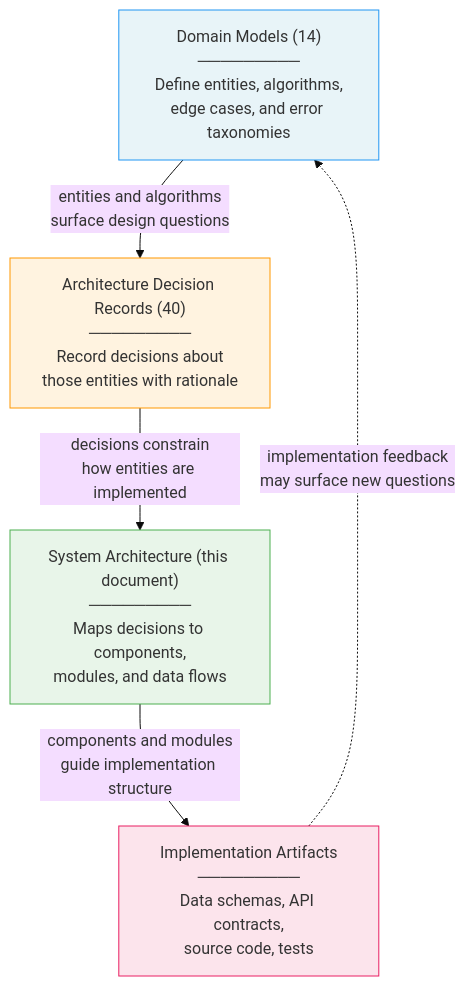
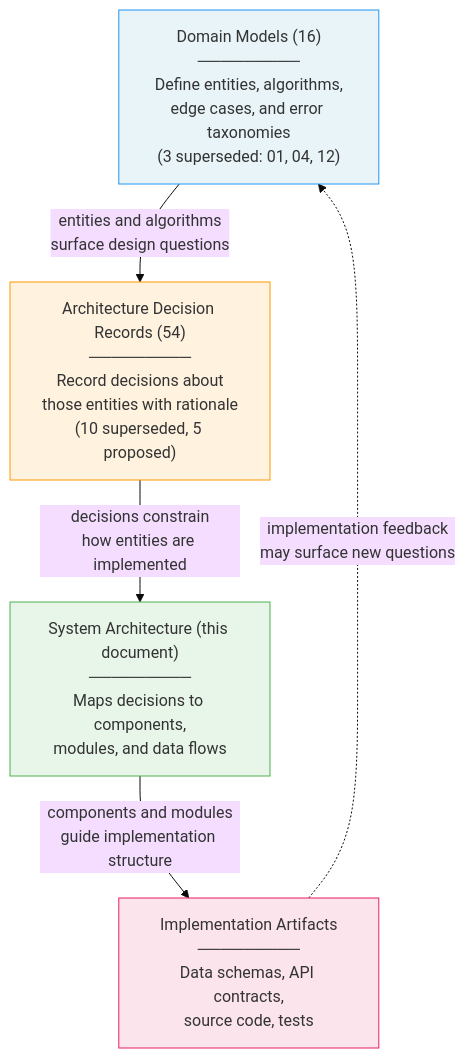
Before and after one commit to zigrivers/scaffold: the tenth of 10 diagrams in docs/v2/architecture/system-architecture.md, drawn with Mermaid (base theme). The commit also changed other lines of this file, not shown here.

First line of the commit message:
[BD-scaffold-arch] docs(v2): system architecture review & update — align with 54-ADR set and domains 15/16

````diff
--- a/docs/v2/architecture/system-architecture.md
+++ b/docs/v2/architecture/system-architecture.md
@@ -1863,17 +1851,17 @@
 ```mermaid
 graph TD
-    DM["Domain Models (14)<br/>─────────<br/>Define entities, algorithms,<br/>edge cases, and error taxonomies"]
-    ADR["Architecture Decision Records (40)<br/>─────────<br/>Record decisions about<br/>those entities with rationale"]
+    DM["Domain Models (16)<br/>─────────<br/>Define entities, algorithms,<br/>edge cases, and error taxonomies<br/>(3 superseded: 01, 04, 12)"]
+    ADR["Architecture Decision Records (54)<br/>─────────<br/>Record decisions about<br/>those entities with rationale<br/>(10 superseded, 5 proposed)"]
     ARCH["System Architecture (this document)<br/>─────────<br/>Maps decisions to components,<br/>modules, and data flows"]
     IMPL["Implementation Artifacts<br/>─────────<br/>Data schemas, API contracts,<br/>source code, tests"]
 
     DM -->|"entities and algorithms<br/>surface design questions"| ADR
     ADR -->|"decisions constrain<br/>how entities are implemented"| ARCH
     ARCH -->|"components and modules<br/>guide implementation structure"| IMPL
     IMPL -.->|"implementation feedback<br/>may surface new questions"| DM
 
     style DM fill:#e8f4f8,stroke:#2196F3
     style ADR fill:#fff3e0,stroke:#FF9800
     style ARCH fill:#e8f5e9,stroke:#4CAF50
     style IMPL fill:#fce4ec,stroke:#E91E63
 ```
````
